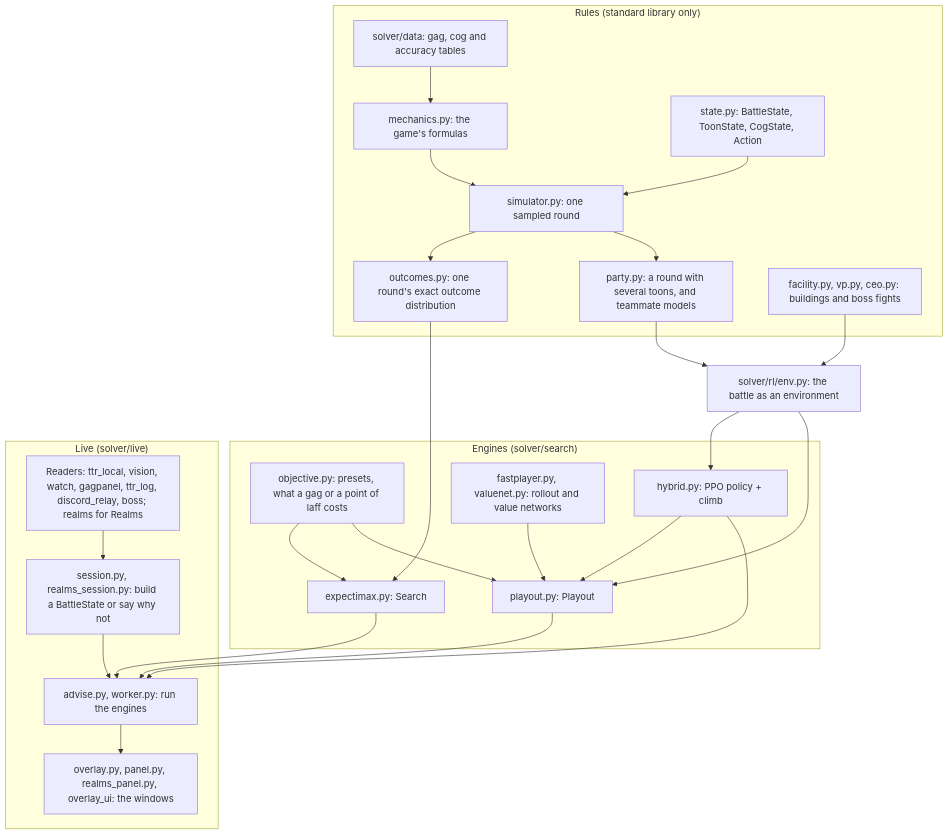
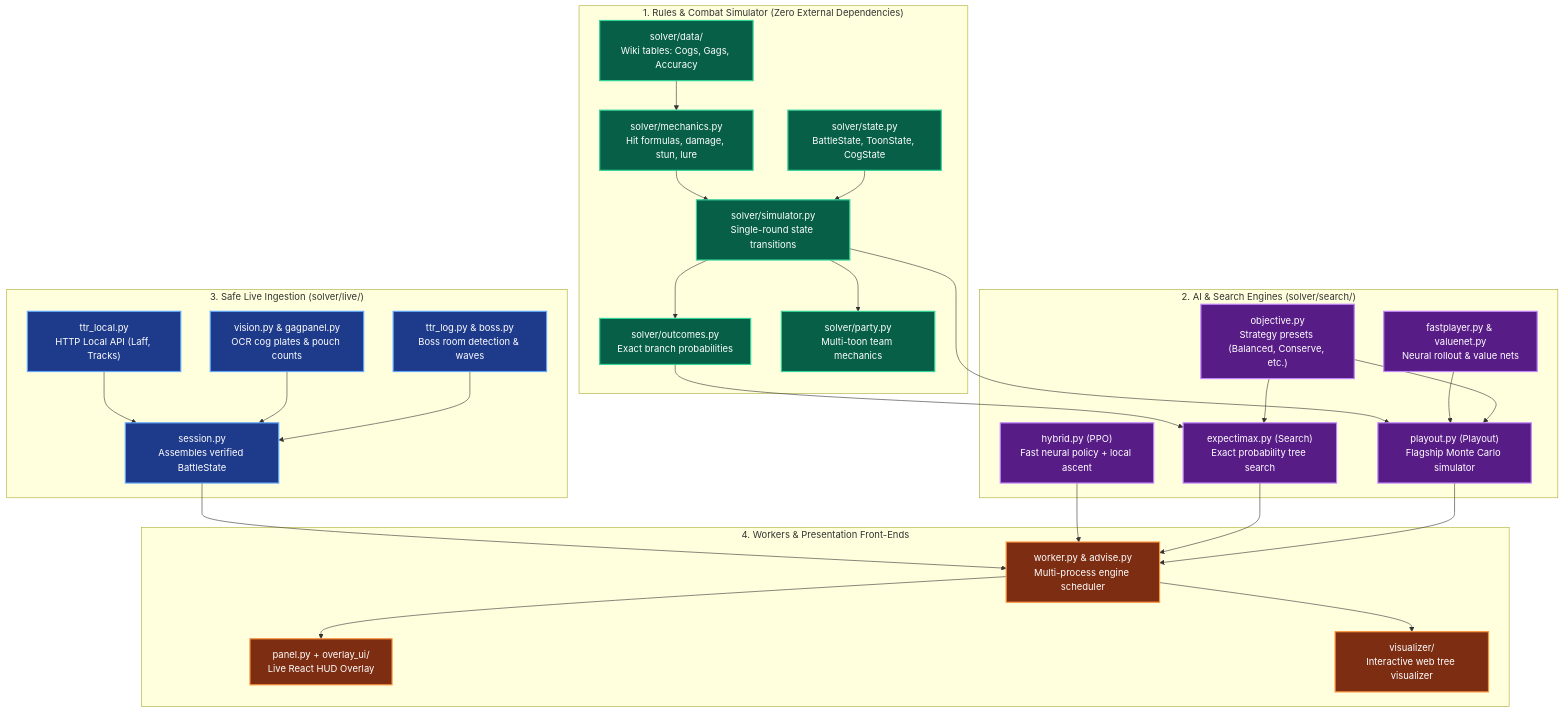
One commit to Angle-Brackets/TTRSolver changed the second of 7 diagrams in docs/architecture-review.md. Above: the diagram before and after it, drawn with Mermaid. The commit also changed other lines of this file and 8 other files, not shown here.

Commit message:
docs: overhaul documentation and readmes with clean styling, diagrams, and formatting

````diff
--- a/docs/architecture-review.md
+++ b/docs/architecture-review.md
@@ -43,42 +70,52 @@
 ```mermaid
 flowchart TD
-    subgraph Rules["Rules (standard library only)"]
-        DATA["solver/data: gag, cog and accuracy tables"]
-        MECH["mechanics.py: the game's formulas"]
-        STATE["state.py: BattleState, ToonState, CogState, Action"]
-        SIM["simulator.py: one sampled round"]
-        OUT["outcomes.py: one round's exact outcome distribution"]
-        PARTY["party.py: a round with several toons, and teammate models"]
-        FIGHTS["facility.py, vp.py, ceo.py: buildings and boss fights"]
+    classDef ruleStyle fill:#065f46,stroke:#34d399,stroke-width:2px,color:#ffffff
+    classDef engineStyle fill:#581c87,stroke:#c084fc,stroke-width:2px,color:#ffffff
+    classDef liveStyle fill:#1e3a8a,stroke:#60a5fa,stroke-width:2px,color:#ffffff
+    classDef uiStyle fill:#7c2d12,stroke:#fb923c,stroke-width:2px,color:#ffffff
+
+    subgraph Layer1["1. Rules & Combat Simulator (Zero External Dependencies)"]
+        DATA["solver/data/<br/>Wiki tables: Cogs, Gags, Accuracy"]
+        MECH["solver/mechanics.py<br/>Hit formulas, damage, stun, lure"]
+        STATE["solver/state.py<br/>BattleState, ToonState, CogState"]
+        SIM["solver/simulator.py<br/>Single-round state transitions"]
+        OUT["solver/outcomes.py<br/>Exact branch probabilities"]
+        PARTY["solver/party.py<br/>Multi-toon team mechanics"]
     end
-    subgraph Engines["Engines (solver/search)"]
-        OBJ["objective.py: presets, what a gag or a point of laff costs"]
-        EXP["expectimax.py: Search"]
-        HYB["hybrid.py: PPO policy + climb"]
-        PLAY["playout.py: Playout"]
-        FAST["fastplayer.py, valuenet.py: rollout and value networks"]
+
+    subgraph Layer2["2. AI & Search Engines (solver/search/)"]
+        OBJ["objective.py<br/>Strategy presets (Balanced, Conserve, etc.)"]
+        HYB["hybrid.py (PPO)<br/>Fast neural policy + local ascent"]
+        EXP["expectimax.py (Search)<br/>Exact probability tree search"]
+        PLY["playout.py (Playout)<br/>Flagship Monte Carlo simulator"]
+        NETS["fastplayer.py & valuenet.py<br/>Neural rollout & value nets"]
     end
-    ENV["solver/rl/env.py: the battle as an environment"]
-    subgraph Live["Live (solver/live)"]
-        READ["Readers: ttr_local, vision, watch, gagpanel, ttr_log, discord_relay, boss; realms for Realms"]
-        SESS["session.py, realms_session.py: build a BattleState or say why not"]
-        WORK["advise.py, worker.py: run the engines"]
-        UI["overlay.py, panel.py, realms_panel.py, overlay_ui: the windows"]
+
+    subgraph Layer3["3. Safe Live Ingestion (solver/live/)"]
+        TTR_LOC["ttr_local.py<br/>HTTP Local API (Laff, Tracks)"]
+        VISION["vision.py & gagpanel.py<br/>OCR cog plates & pouch counts"]
+        LOGS["ttr_log.py & boss.py<br/>Boss room detection & waves"]
+        SESS["session.py<br/>Assembles verified BattleState"]
     end
+
+    subgraph Layer4["4. Workers & Presentation Front-Ends"]
+        WORK["worker.py & advise.py<br/>Multi-process engine scheduler"]
+        UI_TTR["panel.py + overlay_ui/<br/>Live React HUD Overlay"]
+        UI_VIS["visualizer/<br/>Interactive web tree visualizer"]
+    end
+
     DATA --> MECH --> SIM --> OUT
-    STATE --> SIM
-    SIM --> PARTY
-    FIGHTS --> ENV
-    PARTY --> ENV
+    STATE --> SIM --> PARTY
     OUT --> EXP
-    ENV --> HYB
-    HYB --> PLAY
-    FAST --> PLAY
-    ENV --> PLAY
-    READ --> SESS --> WORK --> UI
-    EXP --> WORK
-    HYB --> WORK
-    PLAY --> WORK
-    OBJ --> EXP
-    OBJ --> PLAY
+    SIM --> PLY
+    NETS --> PLY
+    OBJ --> EXP & PLY
+    TTR_LOC & VISION & LOGS --> SESS --> WORK
+    HYB & EXP & PLY --> WORK
+    WORK --> UI_TTR & UI_VIS
+
+    class DATA,MECH,STATE,SIM,OUT,PARTY ruleStyle
+    class OBJ,HYB,EXP,PLY,NETS engineStyle
+    class TTR_LOC,VISION,LOGS,SESS liveStyle
+    class WORK,UI_TTR,UI_VIS uiStyle
 ```
````
